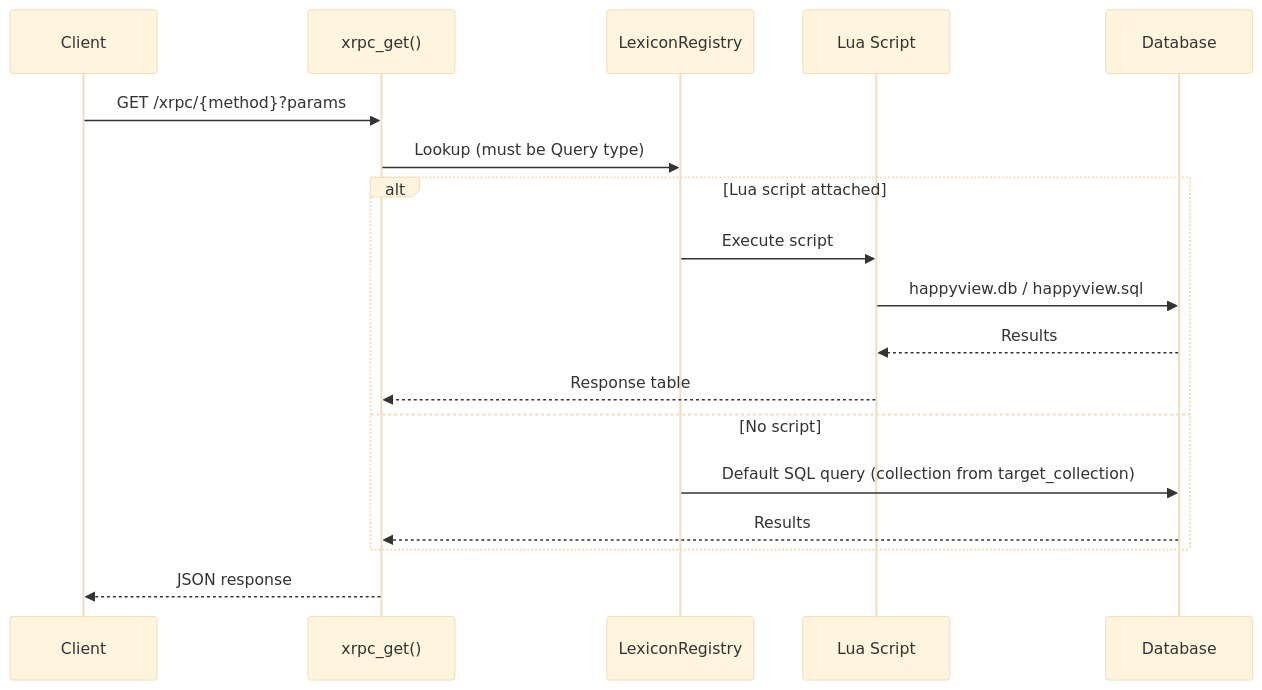
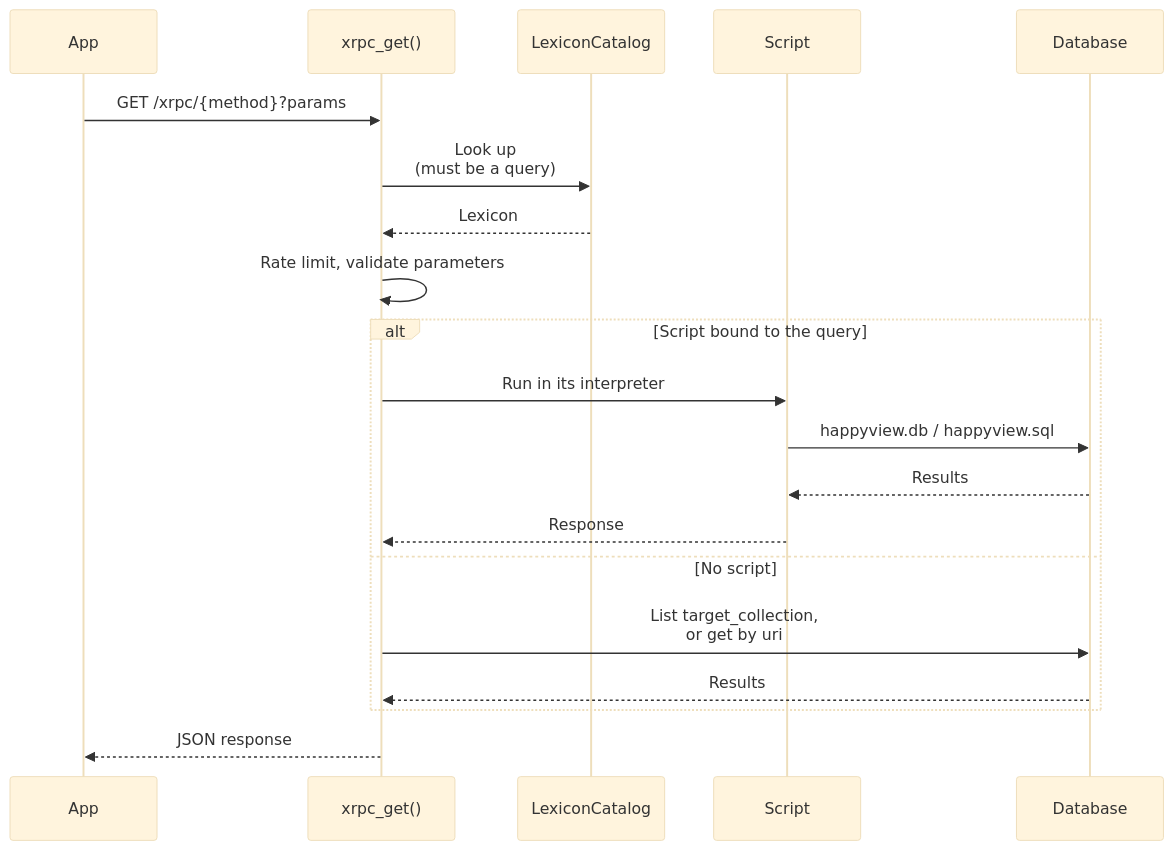
One commit to happyproto/happyview-docs changed the second of 7 diagrams in src/content/docs/docs/architecture/index.md. Above: the diagram before and after it, drawn with Mermaid (base theme). The commit also changed other lines of this file and 126 other files, not shown here.

````diff
--- a/src/content/docs/docs/architecture/index.md
+++ b/src/content/docs/docs/architecture/index.md
@@ -45,22 +50,24 @@
 ```mermaid
 sequenceDiagram
     accTitle: Reads (queries)
-    participant C as Client
+    participant C as App
     participant X as xrpc_get()
-    participant R as LexiconRegistry
-    participant L as Lua Script
+    participant R as LexiconCatalog
+    participant L as Script
     participant D as Database
 
     C->>X: GET /xrpc/{method}?params
-    X->>R: Lookup (must be Query type)
-    alt Lua script attached
-        R->>L: Execute script
+    X->>R: Look up<br/>(must be a query)
+    R-->>X: Lexicon
+    X->>X: Rate limit, validate parameters
+    alt Script bound to the query
+        X->>L: Run in its interpreter
         L->>D: happyview.db / happyview.sql
         D-->>L: Results
-        L-->>X: Response table
+        L-->>X: Response
     else No script
-        R->>D: Default SQL query (collection from target_collection)
+        X->>D: List target_collection,<br/>or get by uri
         D-->>X: Results
     end
     X-->>C: JSON response
 ```
````
